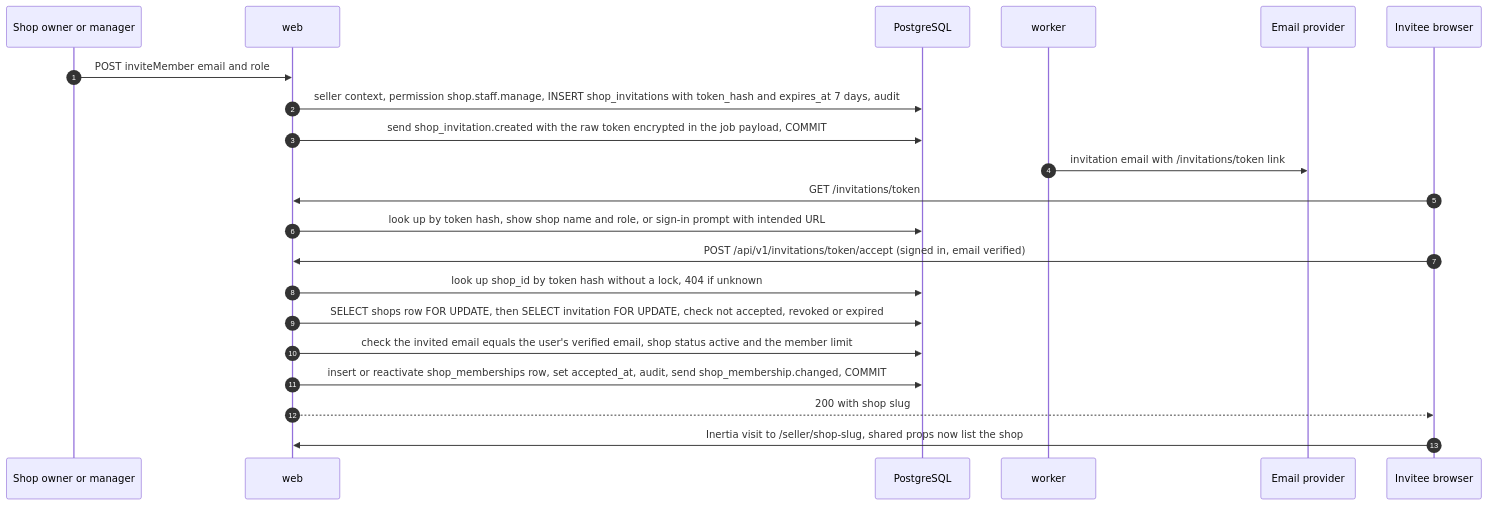
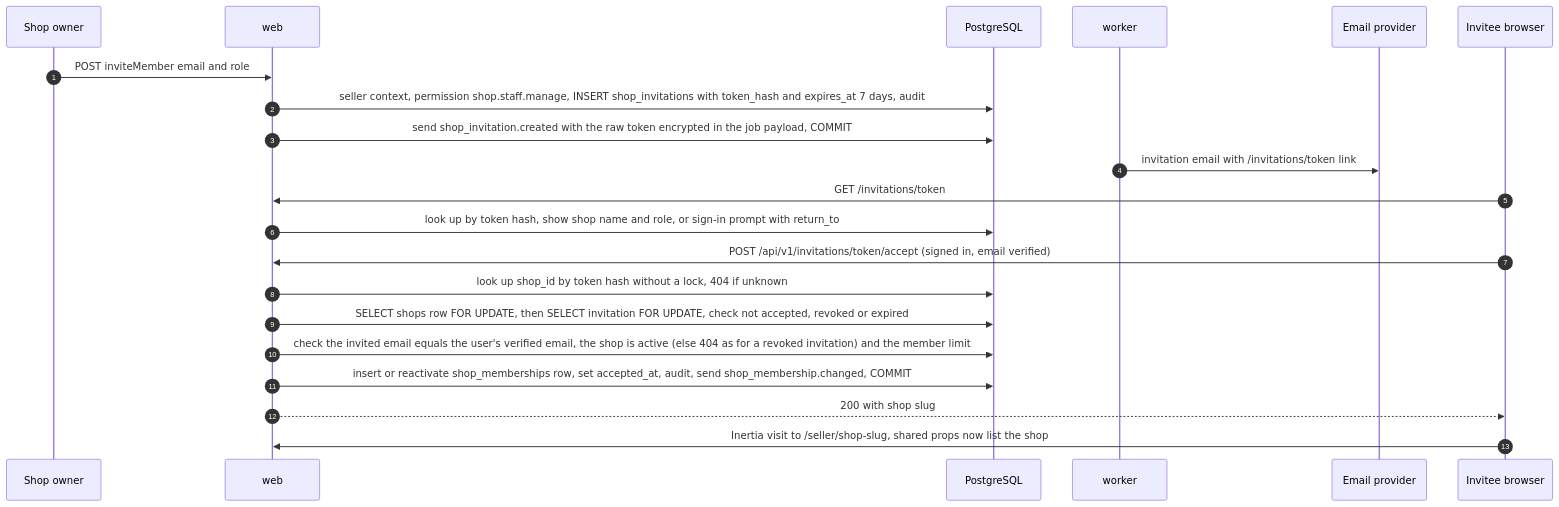
Before and after one commit to harublank0-0/drip-nepal: diagram 11 of 12 in docs/03-system-architecture.md, drawn with Mermaid. The commit also changed other lines of this file, not shown here.

````diff
--- a/docs/03-system-architecture.md
+++ b/docs/03-system-architecture.md
@@ -855,23 +866,23 @@
 ```mermaid
 sequenceDiagram
   autonumber
-  participant OW as Shop owner or manager
+  participant OW as Shop owner
   participant W as web
   participant DB as PostgreSQL
   participant K as worker
   participant E as Email provider
   participant IV as Invitee browser
   OW->>W: POST inviteMember email and role
   W->>DB: seller context, permission shop.staff.manage, INSERT shop_invitations with token_hash and expires_at 7 days, audit
   W->>DB: send shop_invitation.created with the raw token encrypted in the job payload, COMMIT
   K->>E: invitation email with /invitations/token link
   IV->>W: GET /invitations/token
-  W->>DB: look up by token hash, show shop name and role, or sign-in prompt with intended URL
+  W->>DB: look up by token hash, show shop name and role, or sign-in prompt with return_to
   IV->>W: POST /api/v1/invitations/token/accept (signed in, email verified)
   W->>DB: look up shop_id by token hash without a lock, 404 if unknown
   W->>DB: SELECT shops row FOR UPDATE, then SELECT invitation FOR UPDATE, check not accepted, revoked or expired
-  W->>DB: check the invited email equals the user's verified email, shop status active and the member limit
+  W->>DB: check the invited email equals the user's verified email, the shop is active (else 404 as for a revoked invitation) and the member limit
   W->>DB: insert or reactivate shop_memberships row, set accepted_at, audit, send shop_membership.changed, COMMIT
   W-->>IV: 200 with shop slug
   IV->>W: Inertia visit to /seller/shop-slug, shared props now list the shop
 ```
````
